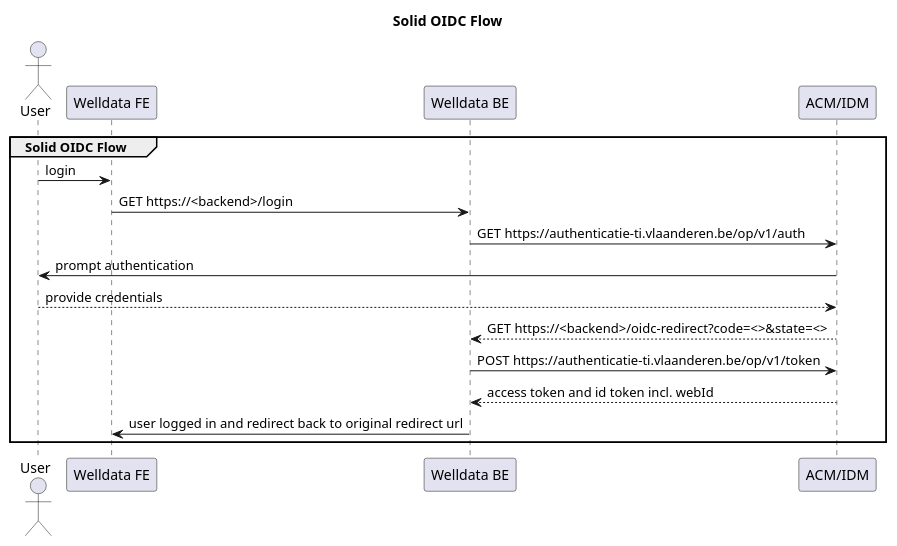
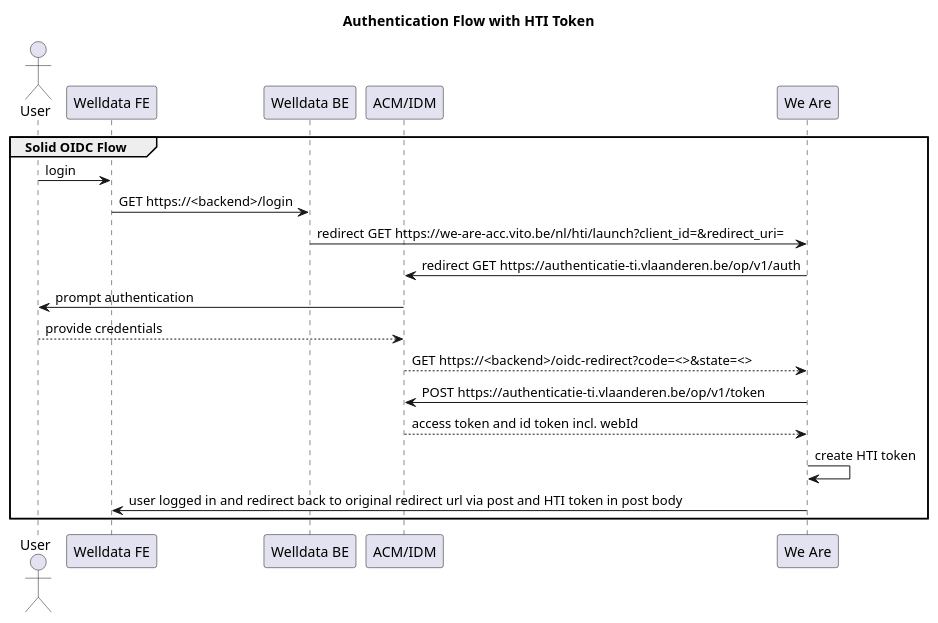
One commit to GIDSOpenStandaarden/welldata-implementation-guide changed the diagram in input/images-source/solid-oidc.plantuml. Above: the diagram before and after it, drawn with PlantUML. The commit also changed 2 other files, not shown here.

Commit message:
adjustment for hti flow

```diff
--- a/input/images-source/solid-oidc.plantuml
+++ b/input/images-source/solid-oidc.plantuml
@@ -1,22 +1,25 @@
 @startuml
-title Solid OIDC Flow
+title Authentication Flow with HTI Token
 actor "User" as user
 participant "Welldata FE" as welldataFE
 participant "Welldata BE" as welldataBE
 participant "ACM/IDM" as acm
+participant "We Are" as weare
 
 
 group Solid OIDC Flow
   user->welldataFE: login
 
   welldataFE->welldataBE: GET https://<backend>/login
-  welldataBE->acm: GET https://authenticatie-ti.vlaanderen.be/op/v1/auth
+  welldataBE->weare: redirect GET https://we-are-acc.vito.be/nl/hti/launch?client_id=&redirect_uri=
+  weare->acm: redirect GET https://authenticatie-ti.vlaanderen.be/op/v1/auth
   acm->user:prompt authentication
   user-->acm: provide credentials
-  acm-->welldataBE: GET https://<backend>/oidc-redirect?code=<>&state=<>
-  welldataBE->acm: POST https://authenticatie-ti.vlaanderen.be/op/v1/token
-  acm-->welldataBE: access token and id token incl. webId
-  welldataBE->welldataFE: user logged in and redirect back to original redirect url
+  acm-->weare: GET https://<backend>/oidc-redirect?code=<>&state=<>
+  weare->acm: POST https://authenticatie-ti.vlaanderen.be/op/v1/token
+  acm-->weare: access token and id token incl. webId
+  weare->weare: create HTI token
+  weare->welldataFE: user logged in and redirect back to original redirect url via post and HTI token in post body
 
 end
 @enduml
```
